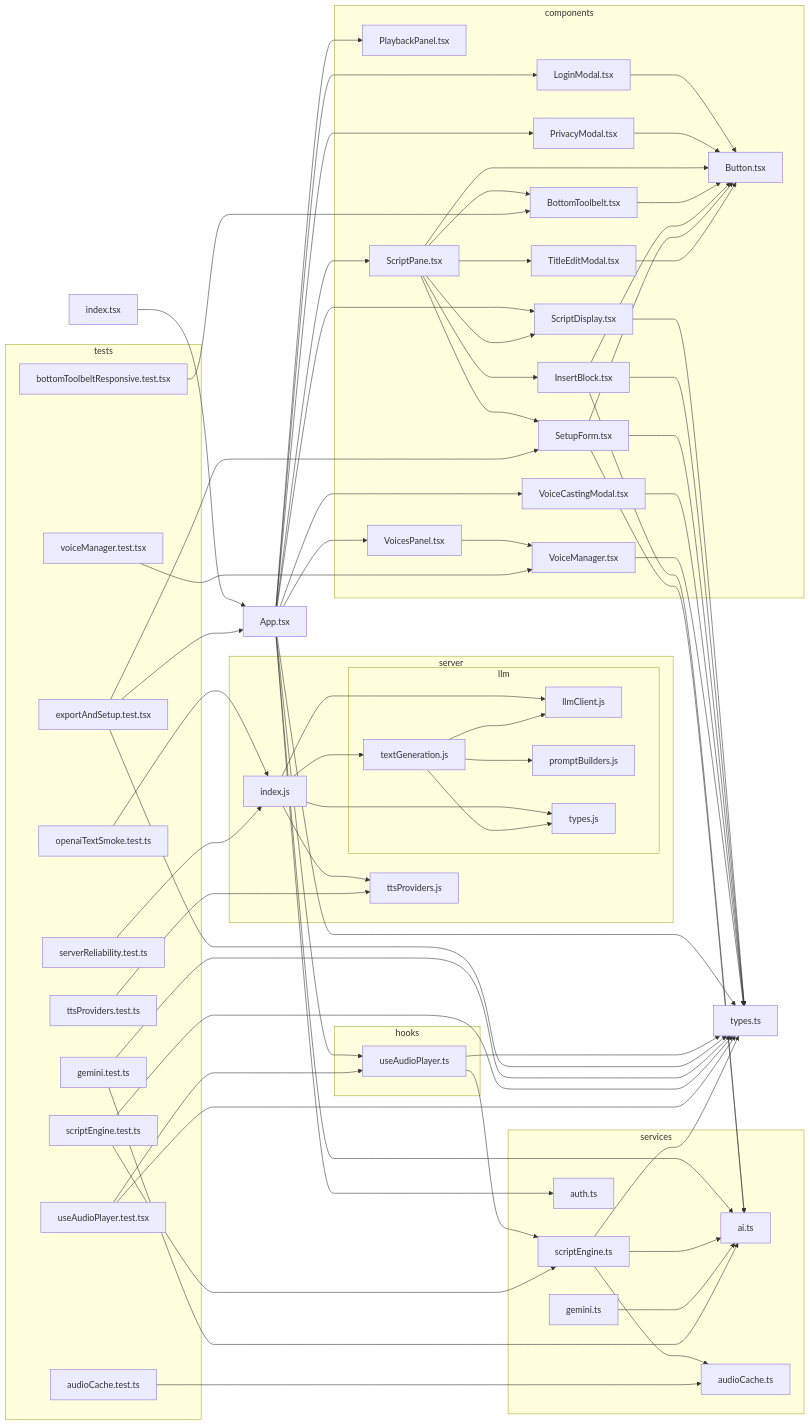
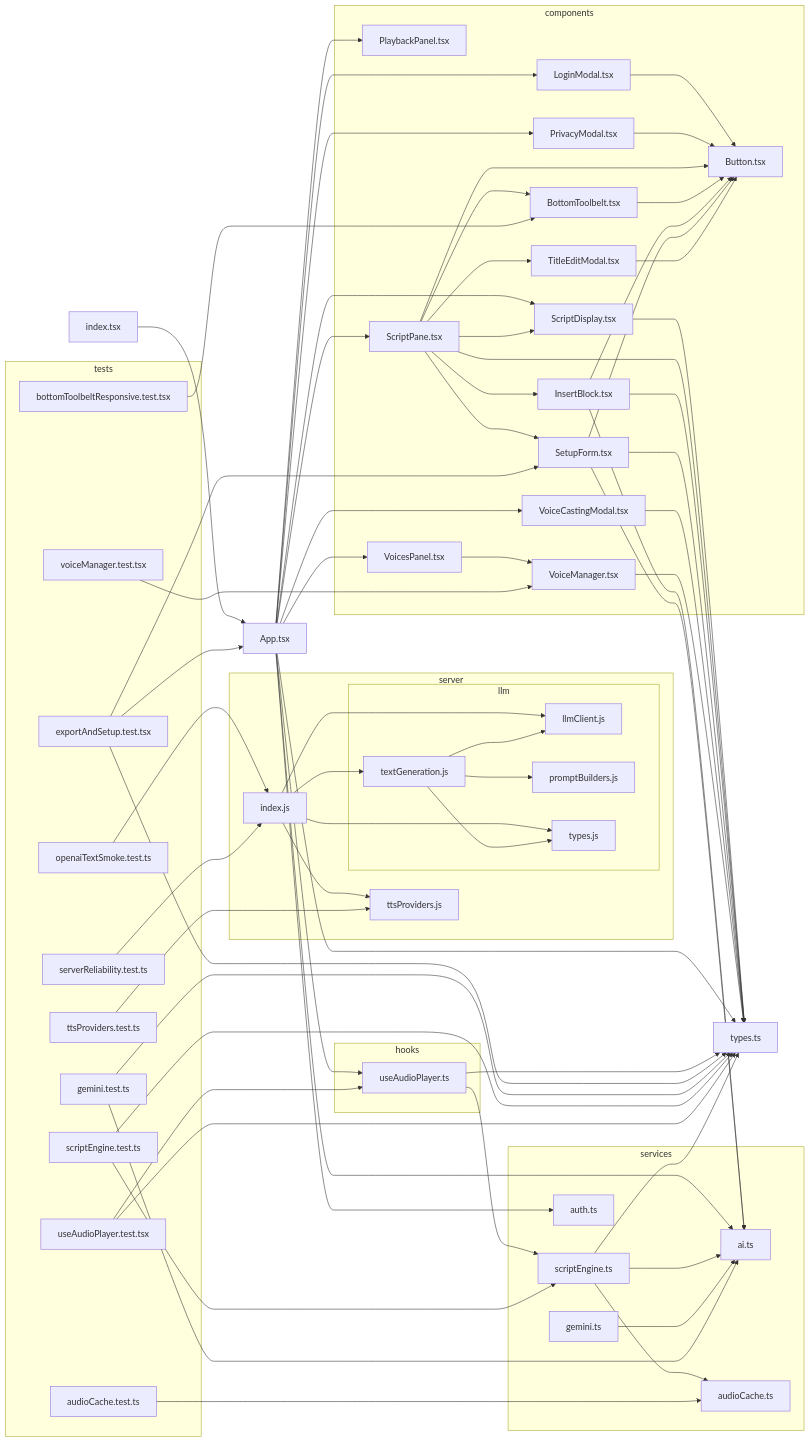
Before and after one commit to seanzmc/Script-Seance: the diagram in docs/dependency-graph.mmd, drawn with Mermaid.

Commit message:
Add missing dependency edge in graph
Adds missing link from node 8 to node 7 in the dependency graph
to accurately represent the relationship between these components.

```diff
--- a/docs/dependency-graph.mmd
+++ b/docs/dependency-graph.mmd
@@ -1,112 +1,113 @@
 flowchart LR
 
 0["App.tsx"]
 subgraph 1["components"]
 2["LoginModal.tsx"]
 3["Button.tsx"]
 4["PlaybackPanel.tsx"]
 5["PrivacyModal.tsx"]
 6["ScriptDisplay.tsx"]
 8["ScriptPane.tsx"]
 9["BottomToolbelt.tsx"]
 A["InsertBlock.tsx"]
 D["SetupForm.tsx"]
 E["TitleEditModal.tsx"]
 F["VoiceCastingModal.tsx"]
 G["VoicesPanel.tsx"]
 H["VoiceManager.tsx"]
 end
 7["types.ts"]
 subgraph B["services"]
 C["ai.ts"]
 K["scriptEngine.ts"]
 L["audioCache.ts"]
 M["auth.ts"]
 W["gemini.ts"]
 end
 subgraph I["hooks"]
 J["useAudioPlayer.ts"]
 end
 N["index.tsx"]
 subgraph O["server"]
 P["index.js"]
 subgraph Q["llm"]
 R["llmClient.js"]
 S["textGeneration.js"]
 T["promptBuilders.js"]
 U["types.js"]
 end
 V["ttsProviders.js"]
 end
 subgraph X["tests"]
 Y["audioCache.test.ts"]
 Z["bottomToolbeltResponsive.test.tsx"]
 10["exportAndSetup.test.tsx"]
 11["gemini.test.ts"]
 12["openaiTextSmoke.test.ts"]
 13["scriptEngine.test.ts"]
 14["serverReliability.test.ts"]
 15["ttsProviders.test.ts"]
 16["useAudioPlayer.test.tsx"]
 17["voiceManager.test.tsx"]
 end
 0-->2
 0-->4
 0-->5
 0-->6
 0-->8
 0-->F
 0-->G
 0-->J
 0-->C
 0-->M
 0-->7
 2-->3
 5-->3
 6-->7
+8-->7
 8-->9
 8-->3
 8-->A
 8-->6
 8-->D
 8-->E
 9-->3
 A-->C
 A-->7
 A-->3
 D-->C
 D-->7
 D-->3
 E-->3
 F-->7
 G-->H
 H-->7
 J-->K
 J-->7
 K-->7
 K-->C
 K-->L
 N-->0
 P-->R
 P-->S
 P-->U
 P-->V
 S-->R
 S-->T
 S-->U
 W-->C
 Y-->L
 Z-->9
 10-->0
 10-->D
 10-->7
 11-->C
 11-->7
 12-->P
 13-->K
 13-->7
 14-->P
 15-->V
 16-->J
 16-->7
 17-->H
```
